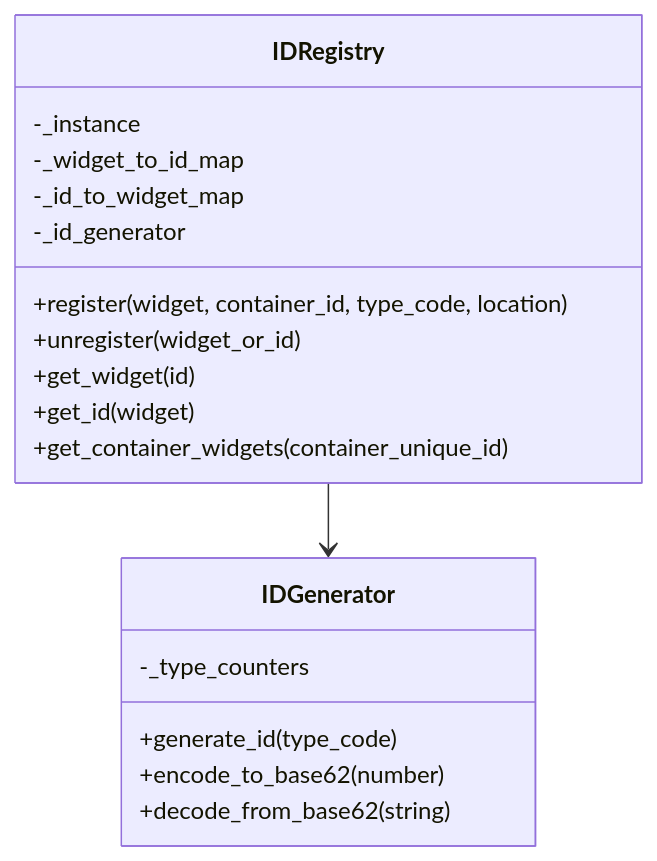
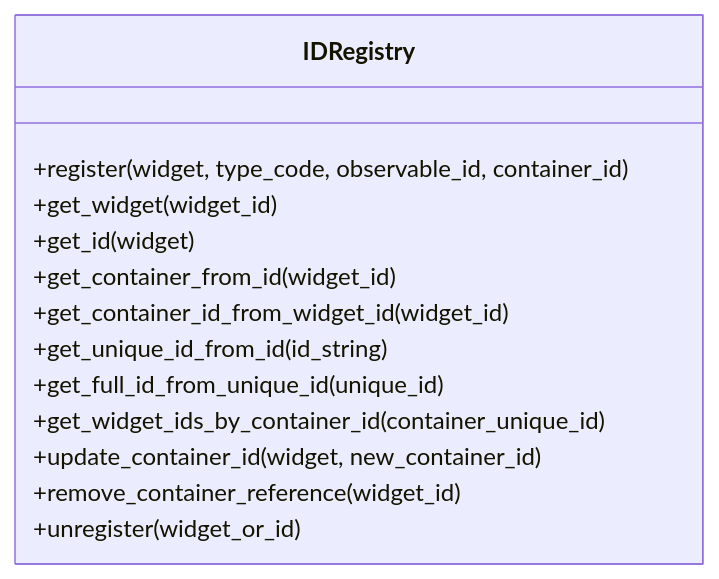
Before and after one commit to maro7tigre/PySignalDecipher: the second of 2 diagrams in command_system/docs/id_system.md, drawn with Mermaid. The commit also changed other lines of this file and 5 other files, not shown here.

````diff
--- a/command_system/docs/id_system.md
+++ b/command_system/docs/id_system.md
@@ -56,23 +75,16 @@
 ```mermaid
 classDiagram
     class IDRegistry {
-        -_instance
-        -_widget_to_id_map
-        -_id_to_widget_map
-        -_id_generator
-        +register(widget, container_id, type_code, location)
+        +register(widget, type_code, observable_id, container_id)
+        +get_widget(widget_id)
+        +get_id(widget)
+        +get_container_from_id(widget_id)
+        +get_container_id_from_widget_id(widget_id)
+        +get_unique_id_from_id(id_string)
+        +get_full_id_from_unique_id(unique_id)
+        +get_widget_ids_by_container_id(container_unique_id)
+        +update_container_id(widget, new_container_id)
+        +remove_container_reference(widget_id)
         +unregister(widget_or_id)
-        +get_widget(id)
-        +get_id(widget)
-        +get_container_widgets(container_unique_id)
     }
-    
-    class IDGenerator {
-        -_type_counters
-        +generate_id(type_code)
-        +encode_to_base62(number)
-        +decode_from_base62(string)
-    }
-    
-    IDRegistry --> IDGenerator
 ```
````
